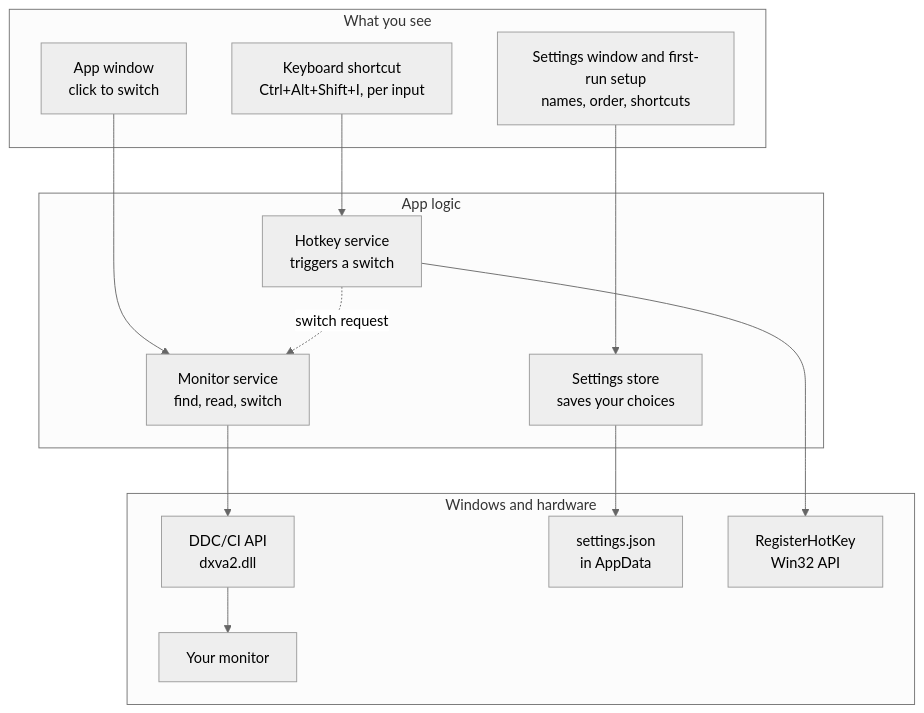
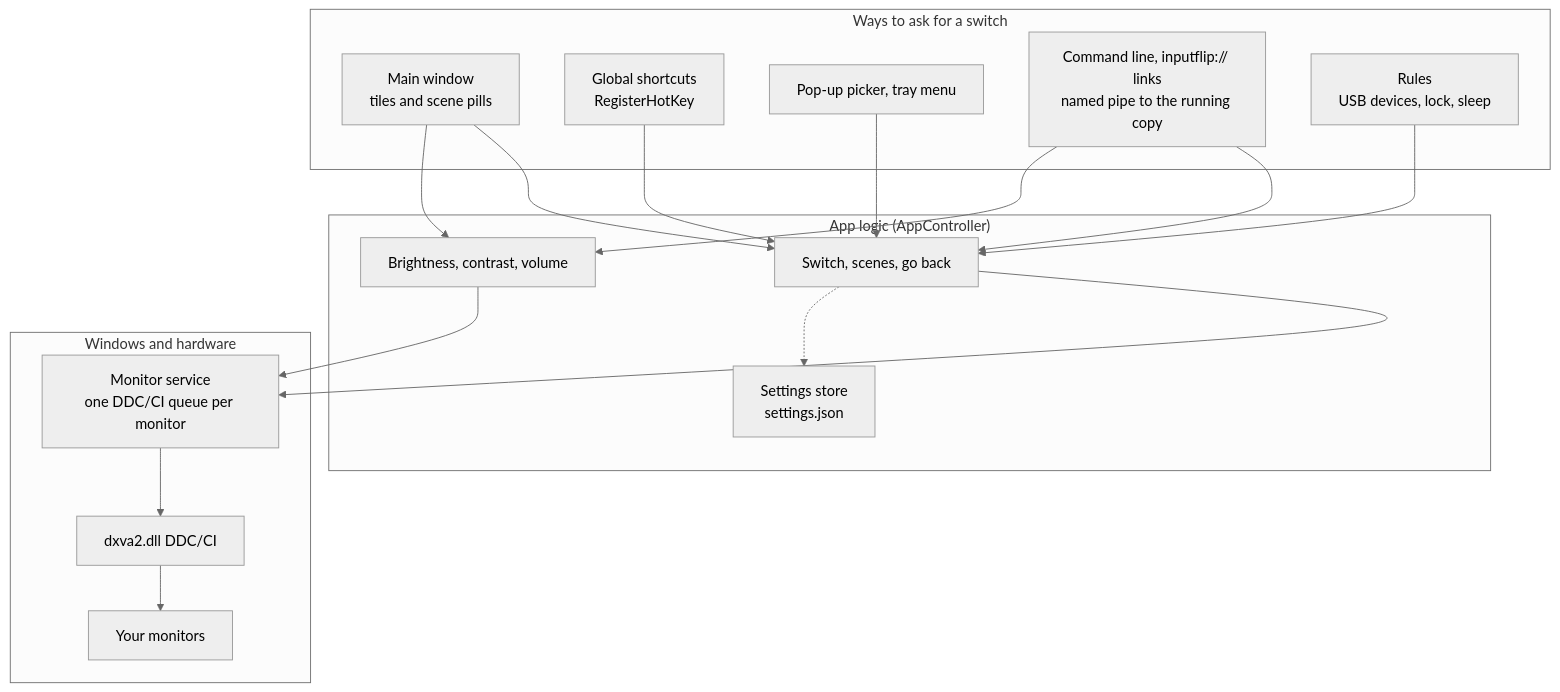
Before and after one commit to undah/inputflip: the diagram in docs/architecture.md, drawn with Mermaid (neutral theme). The commit also changed other lines of this file and 20 other files, not shown here.

````diff
--- a/docs/architecture.md
+++ b/docs/architecture.md
@@ -3,23 +3,31 @@
 ```mermaid
 flowchart TD
-    subgraph UI["What you see"]
-        F[App window<br/>click to switch]
-        S[Settings window and first-run setup<br/>names, order, shortcuts]
-        K[Keyboard shortcut<br/>Ctrl+Alt+Shift+I, per input]
+    subgraph In["Ways to ask for a switch"]
+        W[Main window<br/>tiles and scene pills]
+        K[Global shortcuts<br/>RegisterHotKey]
+        P[Pop-up picker, tray menu]
+        C[Command line, inputflip:// links<br/>named pipe to the running copy]
+        R[Rules<br/>USB devices, lock, sleep]
     end
-    subgraph Logic["App logic"]
-        MS[Monitor service<br/>find, read, switch]
-        SS[Settings store<br/>saves your choices]
-        HS[Hotkey service<br/>triggers a switch]
+    subgraph Logic["App logic (AppController)"]
+        S[Switch, scenes, go back]
+        L[Brightness, contrast, volume]
+        ST[Settings store<br/>settings.json]
     end
     subgraph OS["Windows and hardware"]
-        D[DDC/CI API<br/>dxva2.dll]
-        J[settings.json<br/>in AppData]
-        R[RegisterHotKey<br/>Win32 API]
-        M[Your monitor]
+        MS[Monitor service<br/>one DDC/CI queue per monitor]
+        D[dxva2.dll DDC/CI]
+        M[Your monitors]
     end
-    F --> MS --> D --> M
-    S --> SS --> J
-    K --> HS --> R
-    HS -. switch request .-> MS
+    W --> S
+    K --> S
+    P --> S
+    C --> S
+    R --> S
+    W --> L
+    C --> L
+    S --> MS
+    L --> MS
+    MS --> D --> M
+    S -.-> ST
 ```
````
